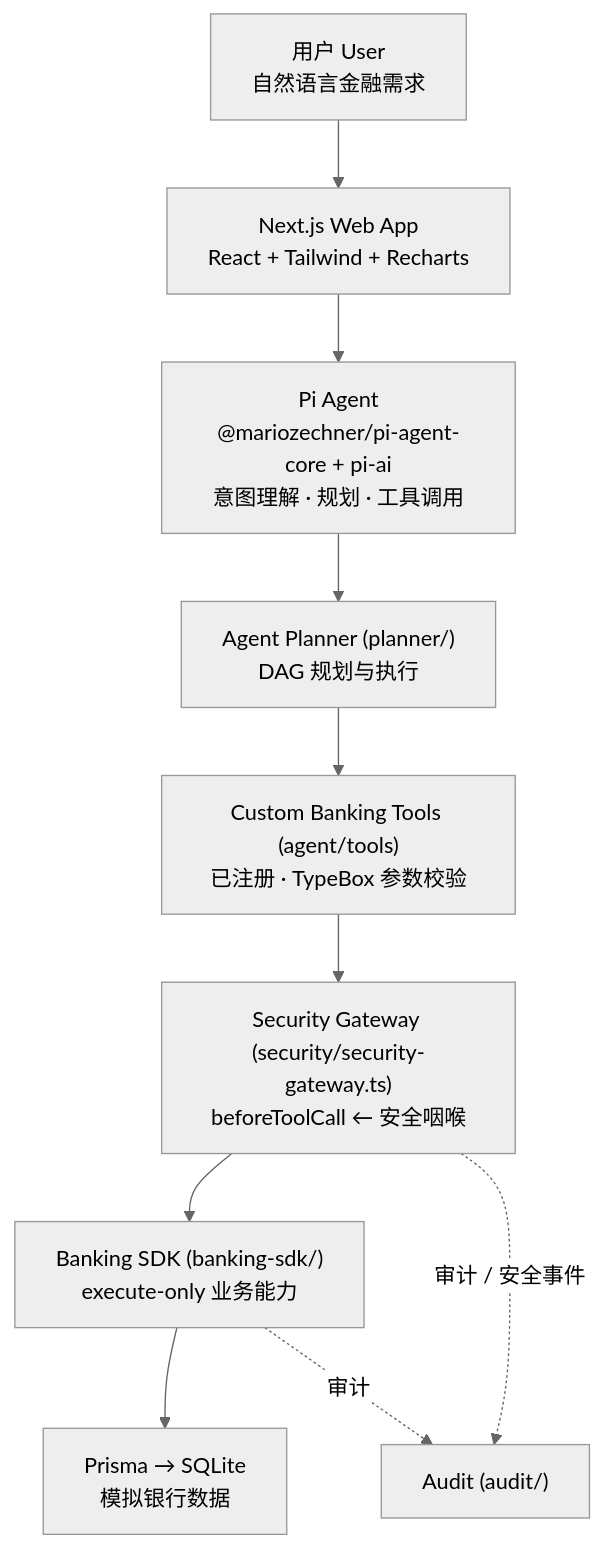
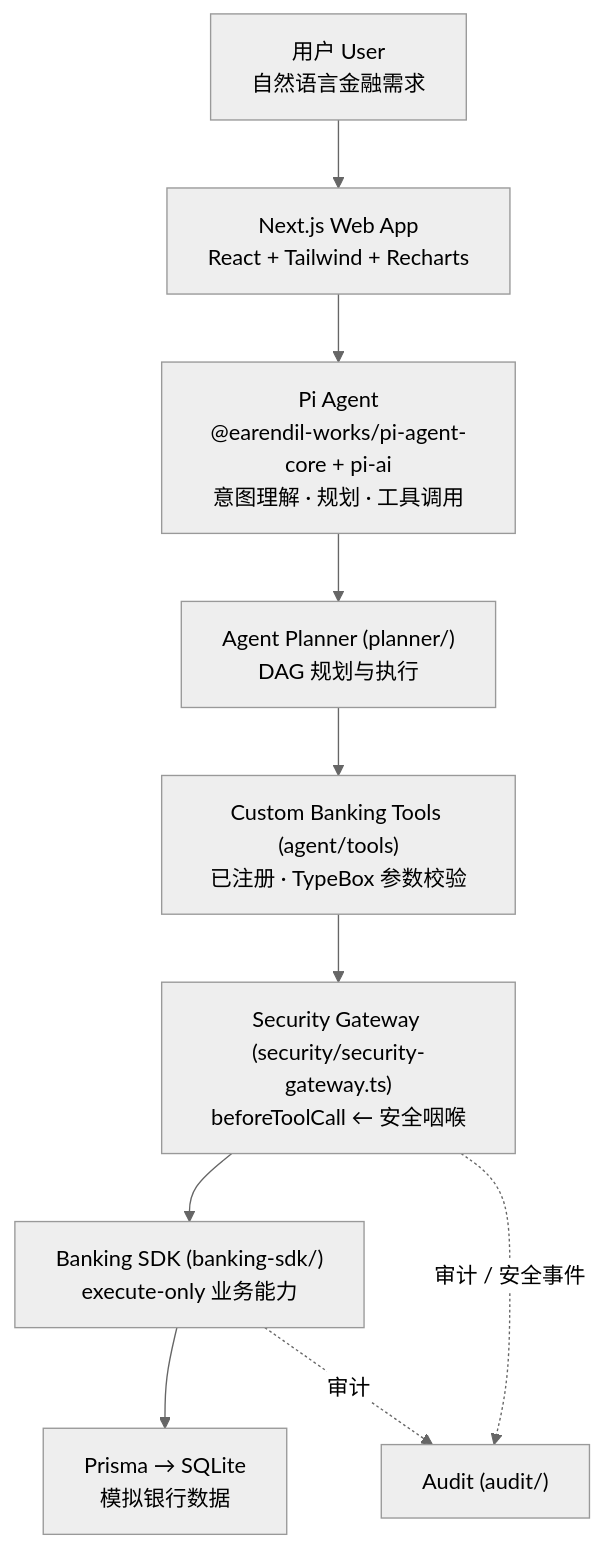
One commit to Zhenyu2Liang/evox-omni changed the first of 3 diagrams in docs/architecture.md. Above: the diagram before and after it, drawn with Mermaid (neutral theme). The commit also changed other lines of this file and 56 other files, not shown here.

````diff
--- a/docs/architecture.md
+++ b/docs/architecture.md
@@ -37,12 +37,12 @@
 ```mermaid
 flowchart TD
     U["用户 User<br/>自然语言金融需求"] --> W["Next.js Web App<br/>React + Tailwind + Recharts"]
-    W --> A["Pi Agent<br/>@mariozechner/pi-agent-core + pi-ai<br/>意图理解 · 规划 · 工具调用"]
+    W --> A["Pi Agent<br/>@earendil-works/pi-agent-core + pi-ai<br/>意图理解 · 规划 · 工具调用"]
     A --> P["Agent Planner (planner/)<br/>DAG 规划与执行"]
     P --> T["Custom Banking Tools (agent/tools)<br/>已注册 · TypeBox 参数校验"]
     T --> G["Security Gateway (security/security-gateway.ts)<br/>beforeToolCall ← 安全咽喉"]
     G --> S["Banking SDK (banking-sdk/)<br/>execute-only 业务能力"]
     S --> DB["Prisma → SQLite<br/>模拟银行数据"]
     G -. 审计 / 安全事件 .-> AU["Audit (audit/)"]
     S -. 审计 .-> AU
 ```
````
